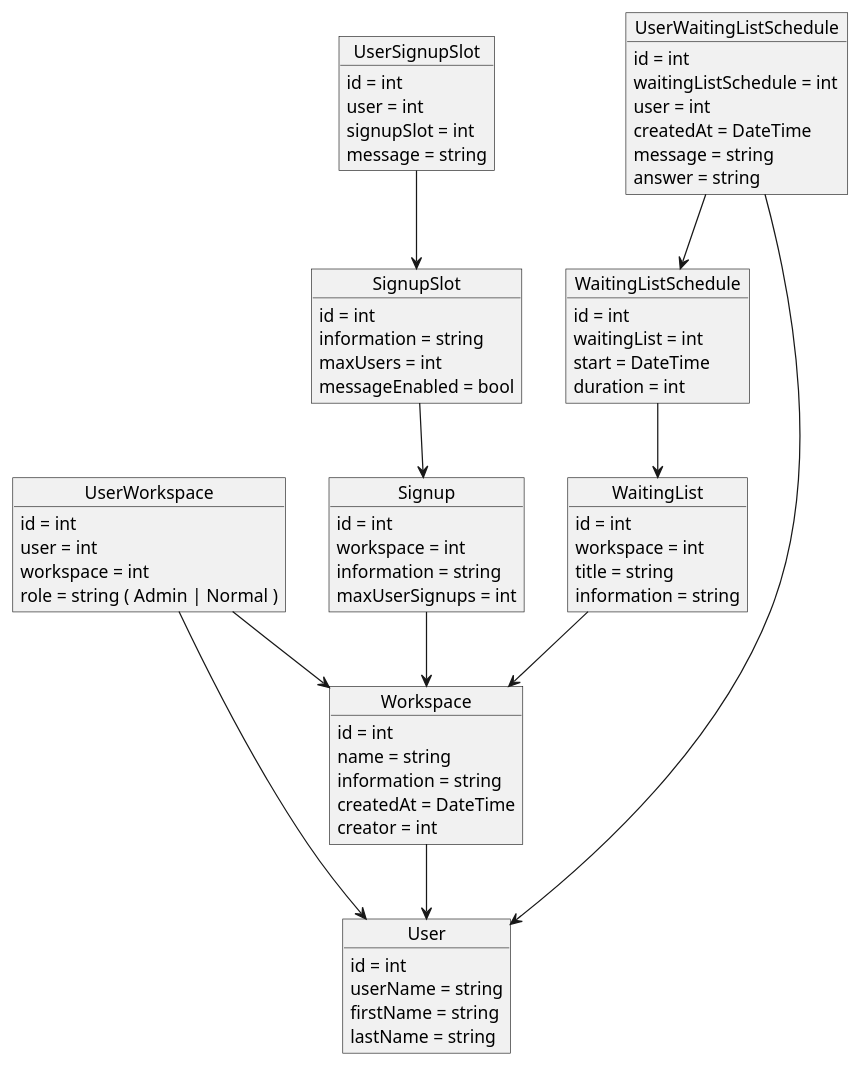
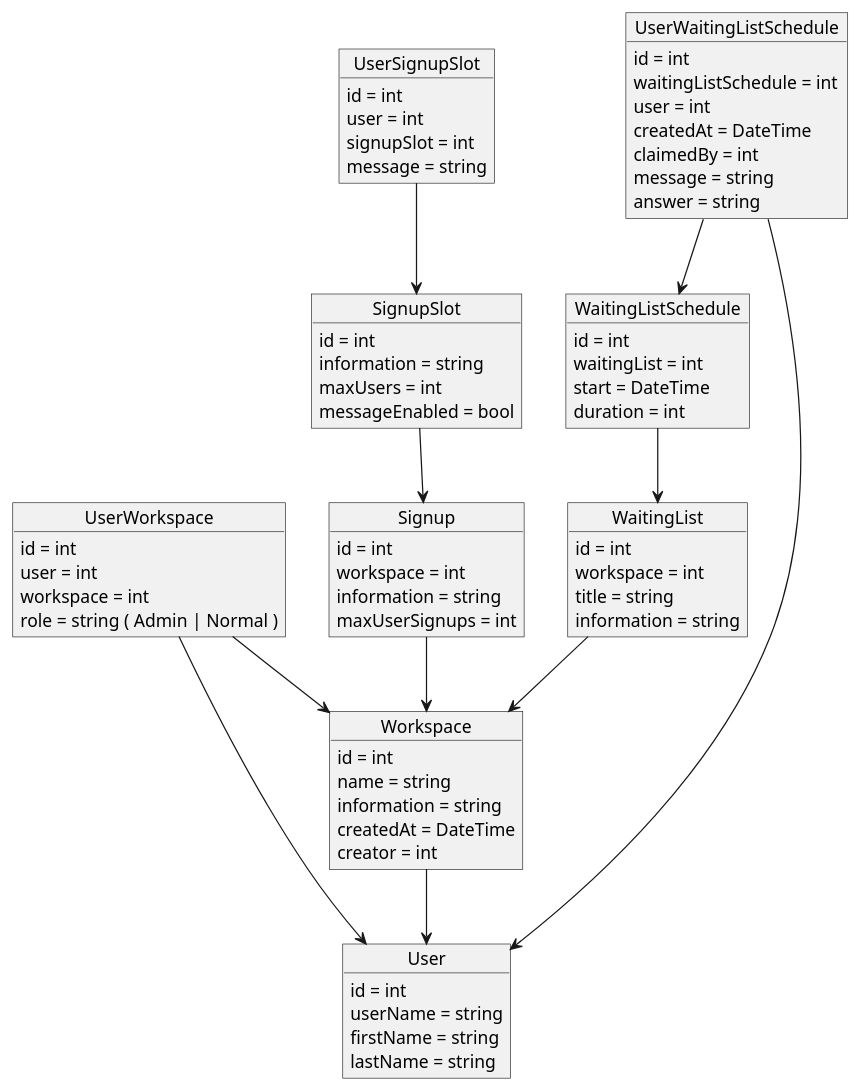
One commit to InputPlaceholderName/tosca-backend changed the diagram in docs/database_schema.puml. Above: the diagram before and after it, drawn with PlantUML. The commit also changed 2 other files, not shown here.

Commit message:
Update documentation and schema

```diff
--- a/docs/database_schema.puml
+++ b/docs/database_schema.puml
@@ -1,88 +1,89 @@
 @startuml
 object User {
     id = int 
     userName = string
     firstName = string
     lastName = string
 }
 
 object Workspace {
     id = int
     name = string
     information = string 
     createdAt = DateTime
     creator = int
 }
 
 object UserWorkspace {
     id = int
     user = int
     workspace = int
     role = string ( Admin | Normal )
 }
 
 object WaitingList {
     id = int
     workspace = int
     title = string  
     information = string
 }
 
 object WaitingListSchedule {
     id = int
     waitingList = int
     start = DateTime
     duration = int
 }
 
 object UserWaitingListSchedule {
     id = int
     waitingListSchedule = int
     user = int
-    createdAt = DateTime 
+    createdAt = DateTime
+    claimedBy = int
     message = string
     answer = string
 }
 
 object Signup {
     id = int
     workspace = int
     information = string
     maxUserSignups = int
 }
 
 object SignupSlot {
     id = int
     information = string
     maxUsers = int
     messageEnabled = bool
 }
 
 object UserSignupSlot {
     id = int
     user = int
     signupSlot = int
     message = string
 }
 
 
 Workspace --> User
 
 
 UserWorkspace --> User
 UserWorkspace --> Workspace
 
 WaitingList --> Workspace
 
 WaitingListSchedule --> WaitingList
 
 UserWaitingListSchedule --> User
 UserWaitingListSchedule --> WaitingListSchedule
 
 Signup --> Workspace
 
 SignupSlot --> Signup
 
 UserSignupSlot --> SignupSlot
 
 @enduml
```
